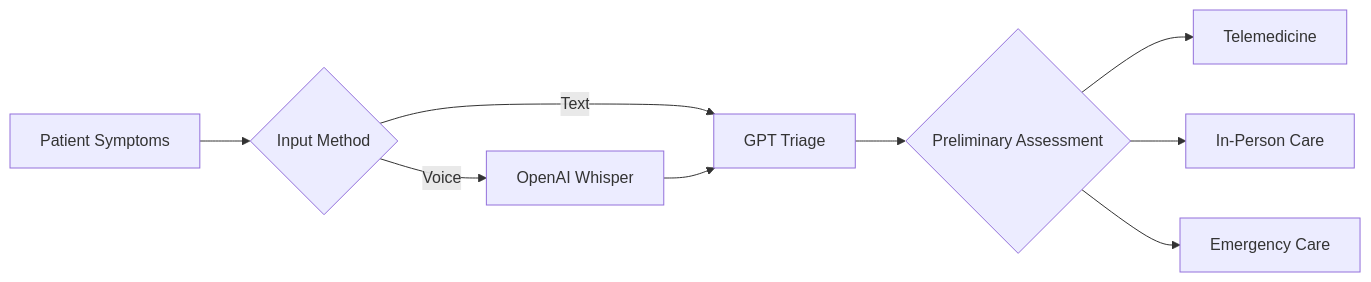
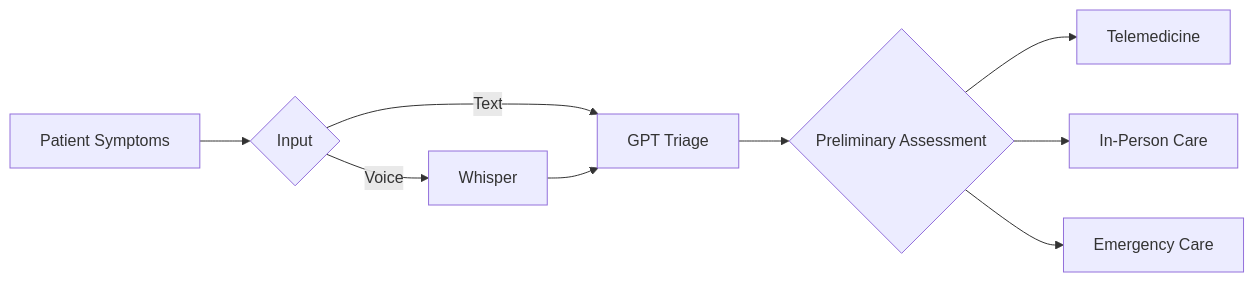
Before and after one commit to Awab7-ux/Awab7-ux: the second of 5 diagrams in README.md, drawn with Mermaid. The commit also changed other lines of this file, not shown here.

````diff
--- a/README.md
+++ b/README.md
@@ -93,11 +79,11 @@
 ```mermaid
 flowchart LR
-    A["Patient Symptoms"] --> B{"Input Method"}
+    A["Patient Symptoms"] --> B{"Input"}
     B -->|Text| D["GPT Triage"]
-    B -->|Voice| C["OpenAI Whisper"]
+    B -->|Voice| C["Whisper"]
     C --> D
     D --> E{"Preliminary Assessment"}
     E --> F["Telemedicine"]
     E --> G["In-Person Care"]
     E --> H["Emergency Care"]
 ```
````
